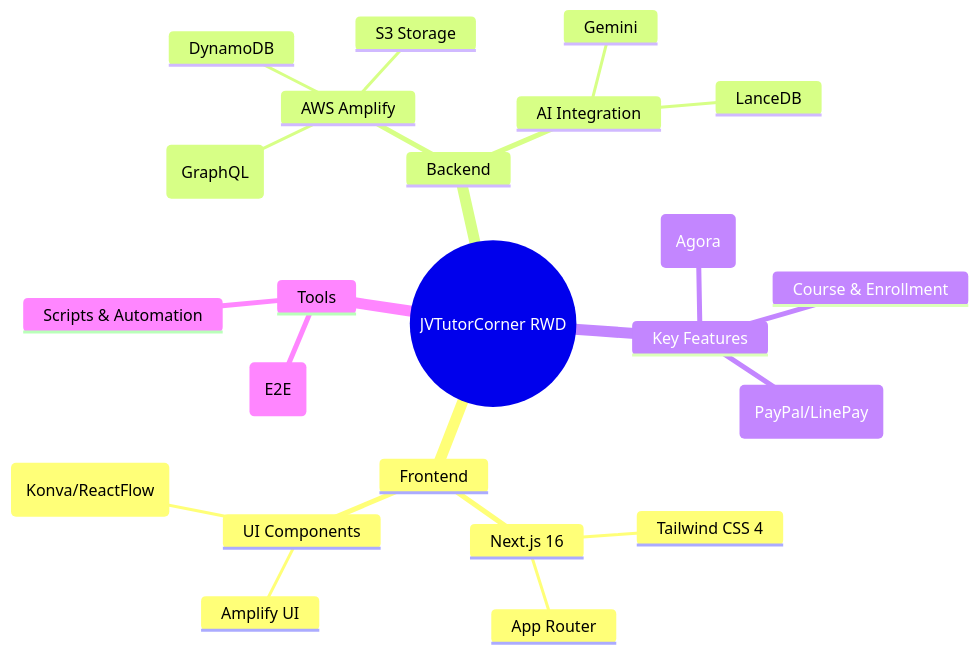
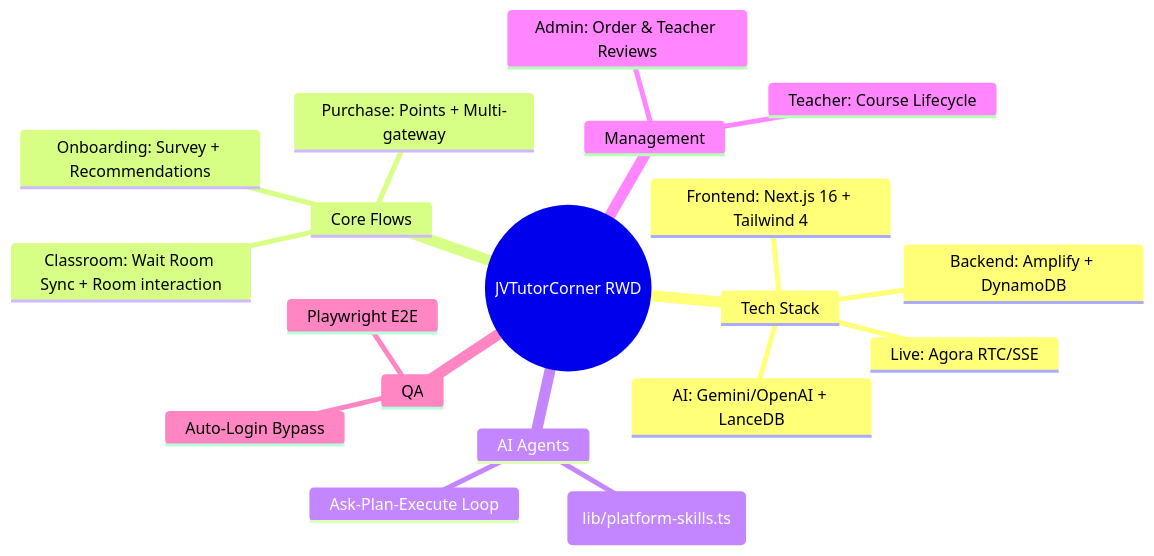
The first of 7 diagrams in architecture_overview.md (jvtutorcorner-sketch/jvtutorcorner-rwd), drawn with Mermaid before and after one commit. The commit also changed other lines of this file and 23 other files, not shown here.

````diff
--- a/architecture_overview.md
+++ b/architecture_overview.md
@@ -7,26 +7,22 @@
 ```mermaid
 mindmap
   root((JVTutorCorner RWD))
-    Frontend
-      Next.js 16
-        App Router
-        Tailwind CSS 4
-      UI Components
-        Amplify UI
-        Visual (Konva/ReactFlow)
-    Backend
-      AWS Amplify
-        AppSync (GraphQL)
-        DynamoDB
-        S3 Storage
-      AI Integration
-        Gemini
-        LanceDB
-    Key Features
-      Online Classroom (Agora)
-      Course & Enrollment
-      Payment Flow (PayPal/LinePay)
-    Tools
-      Playwright (E2E)
-      Scripts & Automation
+    Tech Stack
+      Frontend: Next.js 16 + Tailwind 4
+      Backend: Amplify + DynamoDB
+      AI: Gemini/OpenAI + LanceDB
+      Live: Agora RTC/SSE
+    Core Flows
+      Onboarding: Survey + Recommendations
+      Purchase: Points + Multi-gateway
+      Classroom: Wait Room Sync + Room interaction
+    AI Agents
+      Ask-Plan-Execute Loop
+      Platform Tools (lib/platform-skills.ts)
+    Management
+      Admin: Order & Teacher Reviews
+      Teacher: Course Lifecycle
+    QA
+      Playwright E2E
+      Auto-Login Bypass
 ```
````
